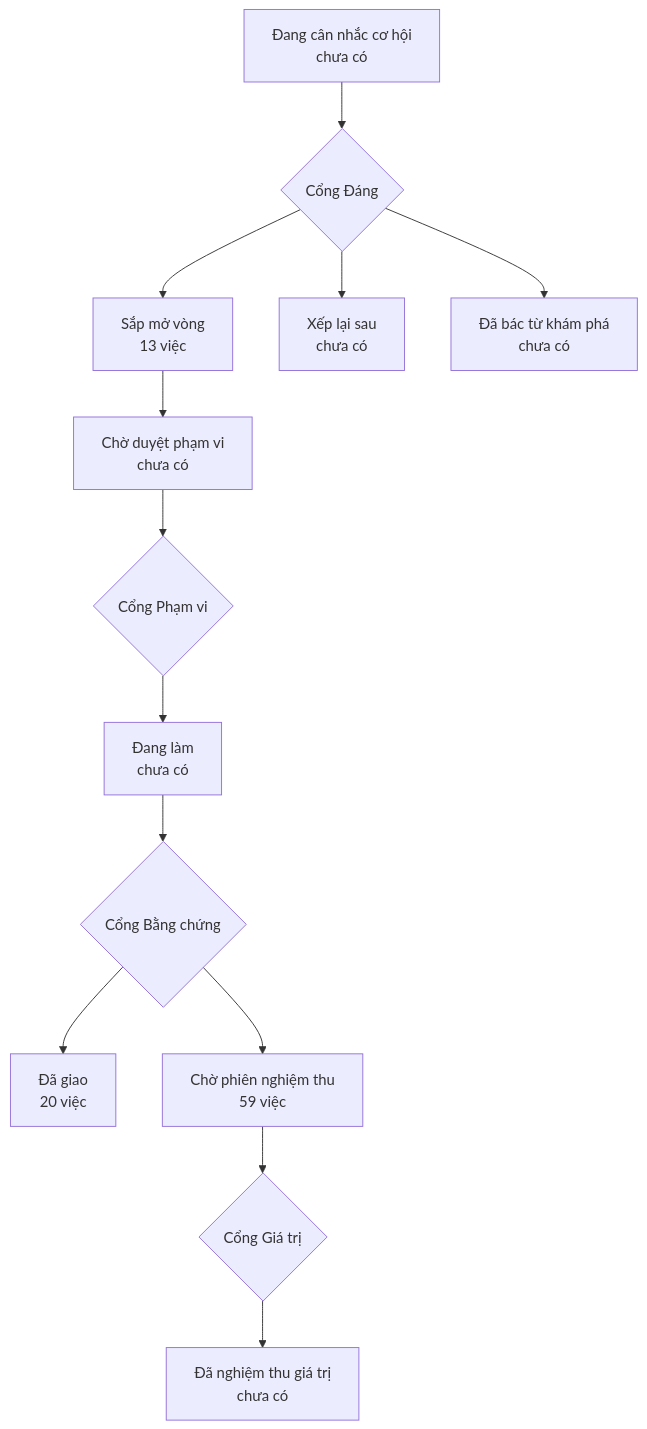
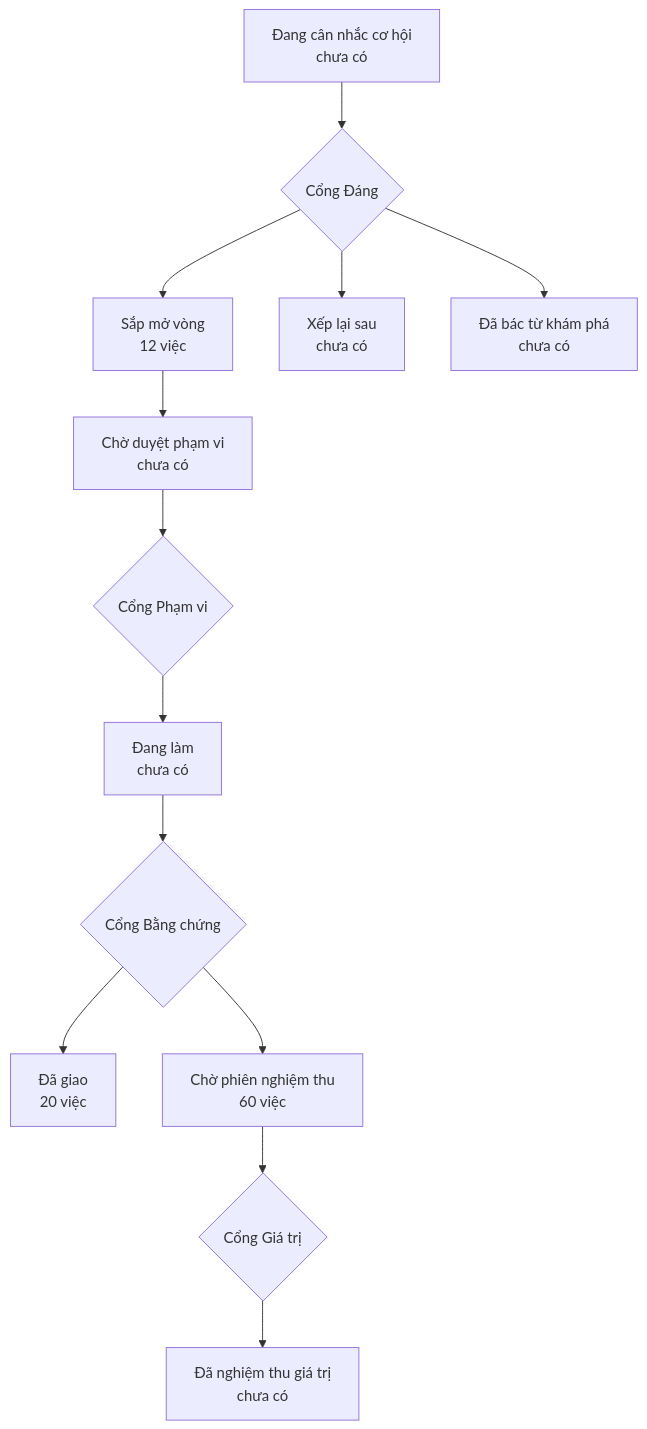
One commit to phanlemanh/onehub-quy-hang changed the diagram in PRODUCT-MAP.md. Above: the diagram before and after it, drawn with Mermaid. The commit also changed 1 other file, not shown here.

Commit message:
chore: vẽ lại bản đồ sản phẩm và lộ trình sau gộp main

````diff
--- a/PRODUCT-MAP.md
+++ b/PRODUCT-MAP.md
@@ -7,12 +7,12 @@
 ```mermaid
 flowchart TD
   A["Đang cân nhắc cơ hội<br/>chưa có"] --> GD{"Cổng Đáng"}
-  GD --> B["Sắp mở vòng<br/>13 việc"]
+  GD --> B["Sắp mở vòng<br/>12 việc"]
   GD --> XL["Xếp lại sau<br/>chưa có"]
   GD --> DB["Đã bác từ khám phá<br/>chưa có"]
   B --> CD["Chờ duyệt phạm vi<br/>chưa có"] --> GP{"Cổng Phạm vi"}
   GP --> DL["Đang làm<br/>chưa có"] --> GB{"Cổng Bằng chứng"}
   GB --> DG["Đã giao<br/>20 việc"]
-  GB --> CN["Chờ phiên nghiệm thu<br/>59 việc"] --> GG{"Cổng Giá trị"}
+  GB --> CN["Chờ phiên nghiệm thu<br/>60 việc"] --> GG{"Cổng Giá trị"}
   GG --> NT["Đã nghiệm thu giá trị<br/>chưa có"]
 ```
````
